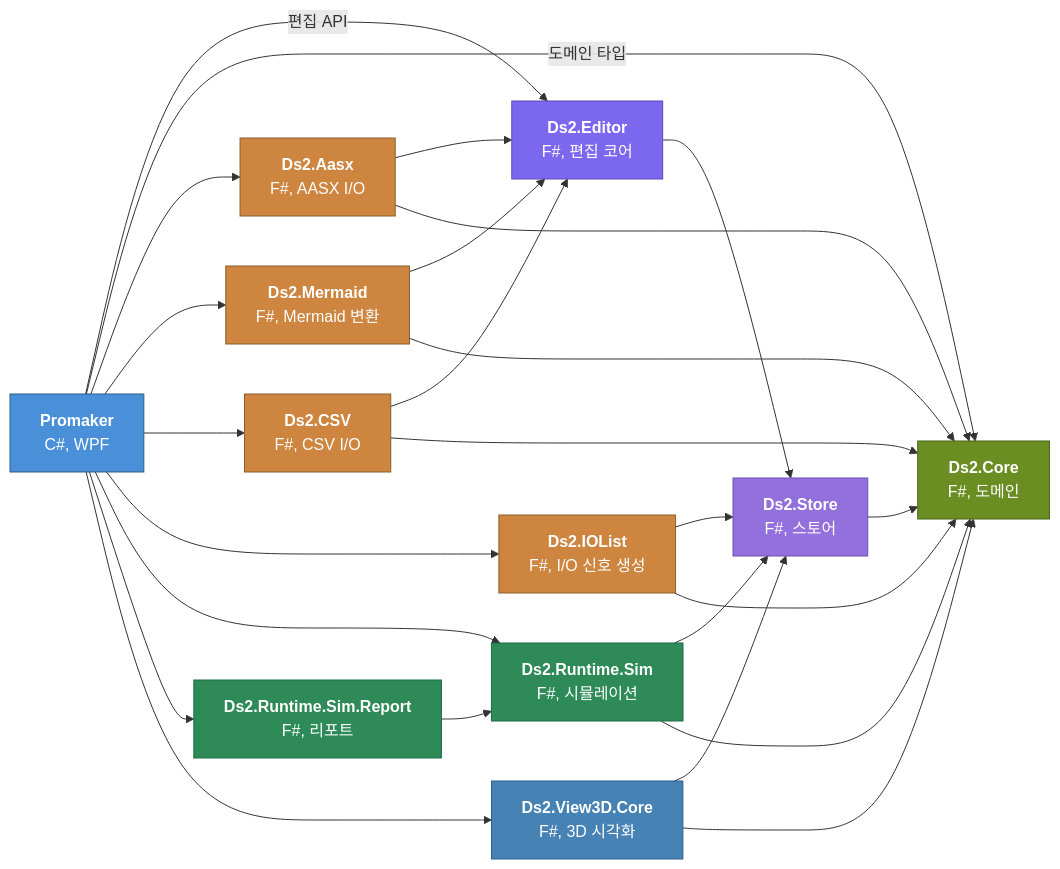
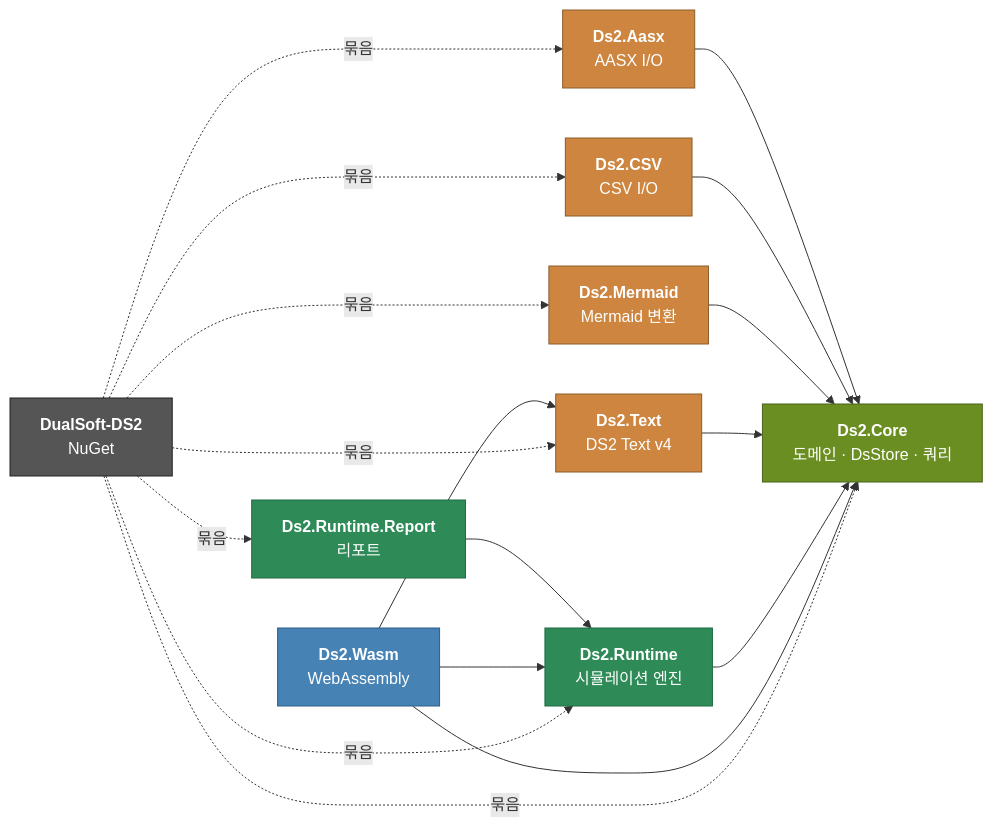
Before and after one commit to DualsoftDev/ds2: the first of 2 diagrams in README.md, drawn with Mermaid. The commit also changed other lines of this file and 4 other files, not shown here.

````diff
--- a/README.md
+++ b/README.md
@@ -81,51 +53,39 @@
 ```mermaid
 graph LR
-  PM["<b>Promaker</b><br/>C#, WPF"]
-  EDI["<b>Ds2.Editor</b><br/>F#, 편집 코어"]
-  STO["<b>Ds2.Store</b><br/>F#, 스토어"]
-  CORE["<b>Ds2.Core</b><br/>F#, 도메인"]
-  AASX["<b>Ds2.Aasx</b><br/>F#, AASX I/O"]
-  MER["<b>Ds2.Mermaid</b><br/>F#, Mermaid 변환"]
-  CSV["<b>Ds2.CSV</b><br/>F#, CSV I/O"]
-  IOL["<b>Ds2.IOList</b><br/>F#, I/O 신호 생성"]
-  SIM["<b>Ds2.Runtime.Sim</b><br/>F#, 시뮬레이션"]
-  RPT["<b>Ds2.Runtime.Sim.Report</b><br/>F#, 리포트"]
-  V3D["<b>Ds2.View3D.Core</b><br/>F#, 3D 시각화"]
+  CORE["<b>Ds2.Core</b><br/>도메인 · DsStore · 쿼리"]
+  AASX["<b>Ds2.Aasx</b><br/>AASX I/O"]
+  CSV["<b>Ds2.CSV</b><br/>CSV I/O"]
+  MER["<b>Ds2.Mermaid</b><br/>Mermaid 변환"]
+  TXT["<b>Ds2.Text</b><br/>DS2 Text v4"]
+  RT["<b>Ds2.Runtime</b><br/>시뮬레이션 엔진"]
+  RPT["<b>Ds2.Runtime.Report</b><br/>리포트"]
+  WASM["<b>Ds2.Wasm</b><br/>WebAssembly"]
+  PACK["<b>DualSoft-DS2</b><br/>NuGet"]
 
-  PM -->|편집 API| EDI
-  PM -->|도메인 타입| CORE
-  PM --> AASX
-  PM --> MER
-  PM --> CSV
-  PM --> IOL
-  PM --> SIM
-  PM --> RPT
-  PM --> V3D
-  EDI --> STO
-  STO --> CORE
-  AASX --> EDI
   AASX --> CORE
-  MER --> EDI
+  CSV --> CORE
   MER --> CORE
-  CSV --> EDI
-  CSV --> CORE
-  IOL --> STO
-  IOL --> CORE
-  SIM --> STO
-  SIM --> CORE
-  RPT --> SIM
-  V3D --> STO
-  V3D --> CORE
+  TXT --> CORE
+  RT --> CORE
+  RPT --> RT
+  WASM --> CORE
+  WASM --> TXT
+  WASM --> RT
+  PACK -.묶음.-> CORE
+  PACK -.묶음.-> AASX
+  PACK -.묶음.-> CSV
+  PACK -.묶음.-> MER
+  PACK -.묶음.-> TXT
+  PACK -.묶음.-> RT
+  PACK -.묶음.-> RPT
 
-  style PM fill:#4a90d9,color:#fff,stroke:#2c5f8a
-  style EDI fill:#7b68ee,color:#fff,stroke:#5a4db5
-  style STO fill:#9370db,color:#fff,stroke:#6a4db5
   style CORE fill:#6b8e23,color:#fff,stroke:#4a6319
   style AASX fill:#cd853f,color:#fff,stroke:#8b5e2b
+  style CSV fill:#cd853f,color:#fff,stroke:#8b5e2b
   style MER fill:#cd853f,color:#fff,stroke:#8b5e2b
-  style CSV fill:#cd853f,color:#fff,stroke:#8b5e2b
-  style IOL fill:#cd853f,color:#fff,stroke:#8b5e2b
-  style SIM fill:#2e8b57,color:#fff,stroke:#1e6b47
+  style TXT fill:#cd853f,color:#fff,stroke:#8b5e2b
+  style RT fill:#2e8b57,color:#fff,stroke:#1e6b47
   style RPT fill:#2e8b57,color:#fff,stroke:#1e6b47
-  style V3D fill:#4682b4,color:#fff,stroke:#2c5f8a
+  style WASM fill:#4682b4,color:#fff,stroke:#2c5f8a
+  style PACK fill:#555,color:#fff,stroke:#222
 ```
````
